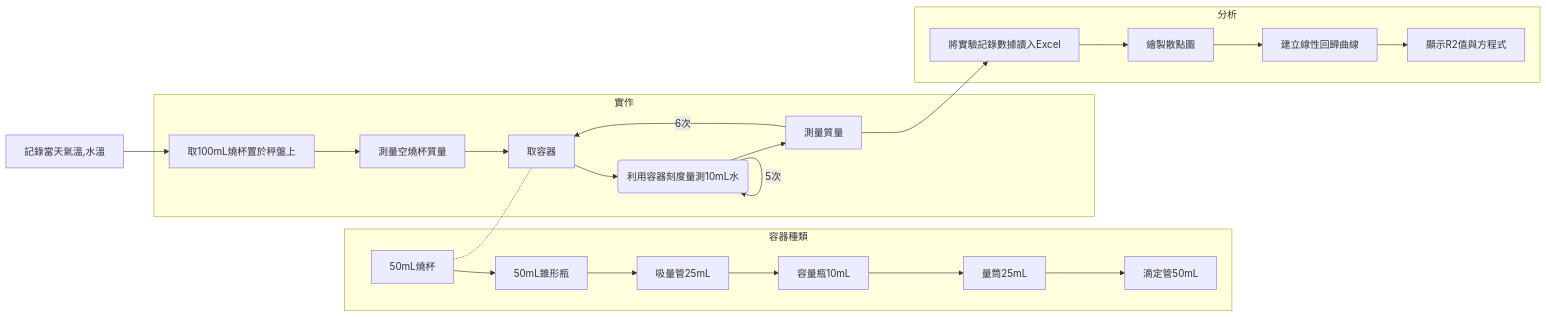
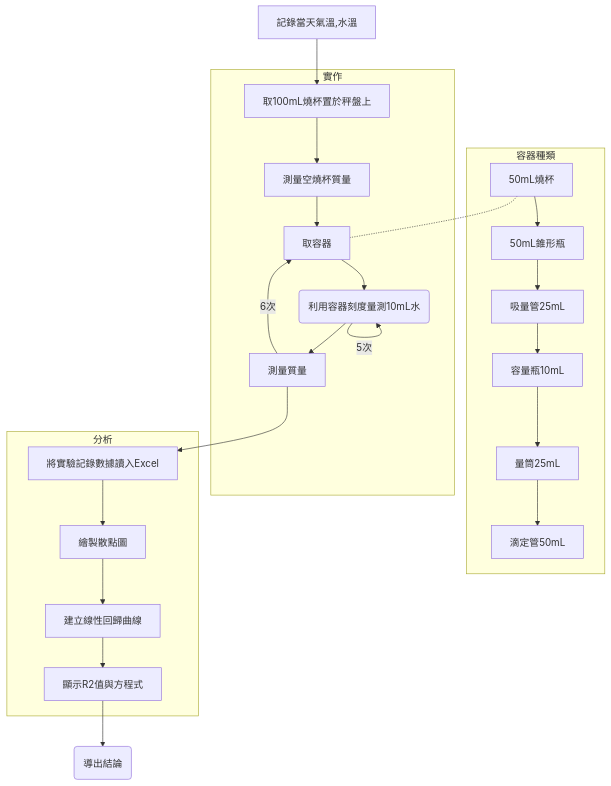
Before and after one commit to Ethane1755/Obsidian: the diagram in Zettelkasten/Untitled.md, drawn with Mermaid.

Commit message:
Obsidian Backup 2021-09-15 21:50

````diff
--- a/Zettelkasten/Untitled.md
+++ b/Zettelkasten/Untitled.md
@@ -2,18 +2,20 @@
 ```mermaid
-graph LR
+graph TD
 記錄當天氣溫,水溫-->取100mL燒杯置於秤盤上
 subgraph 容器種類
 50mL燒杯-->50mL錐形瓶-->吸量管25mL-->容量瓶10mL-->量筒25mL-->滴定管50mL
 end
 subgraph 實作
 取100mL燒杯置於秤盤上-->測量空燒杯質量-->取容器
 取容器-->id1(利用容器刻度量測10mL水)-->測量質量
 id1-->|5次|id1
 50mL燒杯-.-取容器
 測量質量-->|6次|取容器
 end
 測量質量-->將實驗記錄數據讀入Excel
 subgraph 分析
 將實驗記錄數據讀入Excel-->繪製散點圖-->建立線性回歸曲線-->顯示R2值與方程式
 end
+顯示R2值與方程式-->id2(導出結論)
+style id2 fill:#
 ```
````
